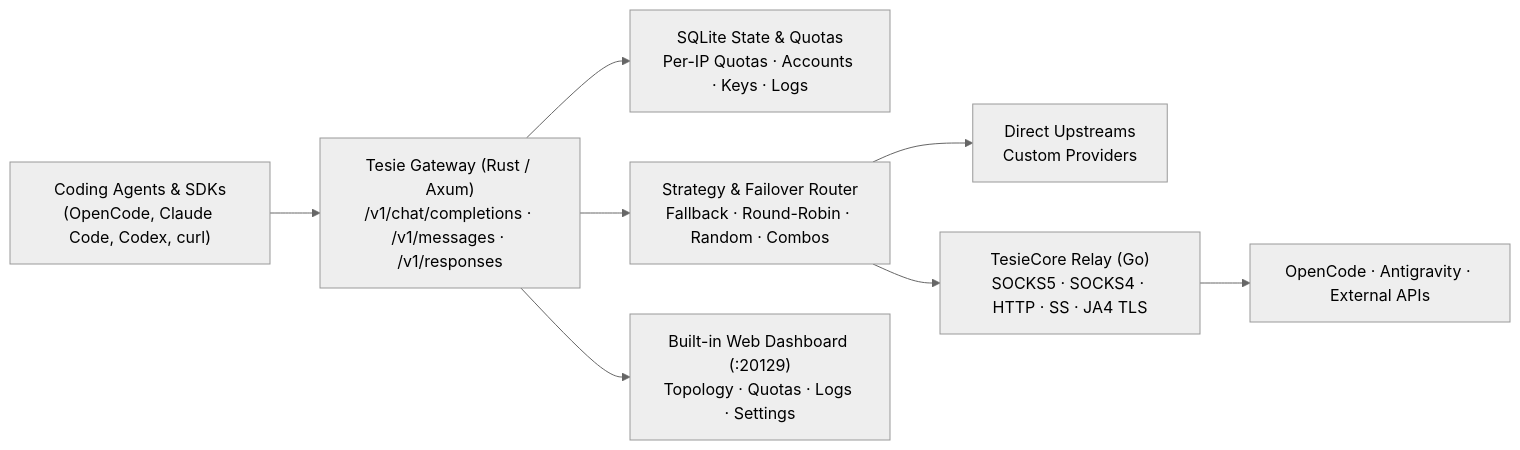
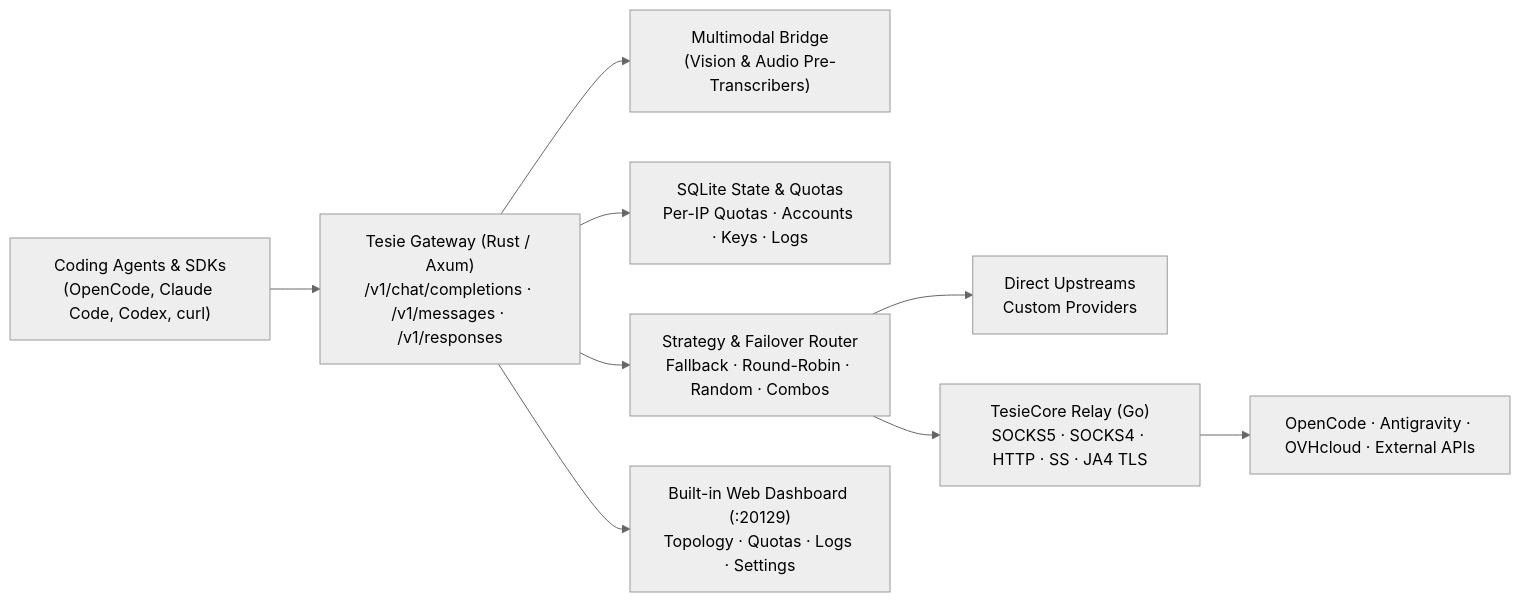
The diagram in README.md (Mushfiqtaief/Tesie), drawn with Mermaid (neutral theme) before and after one commit. The commit also changed other lines of this file and 5 other files, not shown here.

Commit message:
docs: redesign README with visual dashboard screenshots, architecture flow, and contributors

````diff
--- a/README.md
+++ b/README.md
@@ -53,10 +102,11 @@
 ```mermaid
 flowchart LR
   Clients["Coding Agents & SDKs\n(OpenCode, Claude Code, Codex, curl)"] --> Gateway["Tesie Gateway (Rust / Axum)\n/v1/chat/completions · /v1/messages · /v1/responses"]
+  Gateway --> Bridge["Multimodal Bridge\n(Vision & Audio Pre-Transcribers)"]
   Gateway --> Store["SQLite State & Quotas\nPer-IP Quotas · Accounts · Keys · Logs"]
   Gateway --> Router["Strategy & Failover Router\nFallback · Round-Robin · Random · Combos"]
   Router --> Direct["Direct Upstreams\nCustom Providers"]
   Router --> Core["TesieCore Relay (Go)\nSOCKS5 · SOCKS4 · HTTP · SS · JA4 TLS"]
-  Core --> Upstreams["OpenCode · Antigravity · External APIs"]
+  Core --> Upstreams["OpenCode · Antigravity · OVHcloud · External APIs"]
   Gateway --> SPA["Built-in Web Dashboard (:20129)\nTopology · Quotas · Logs · Settings"]
 ```
````
